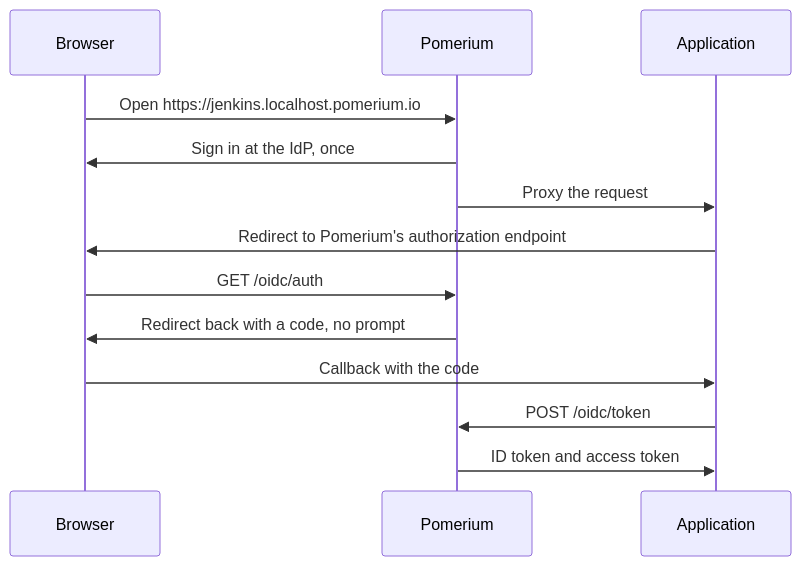
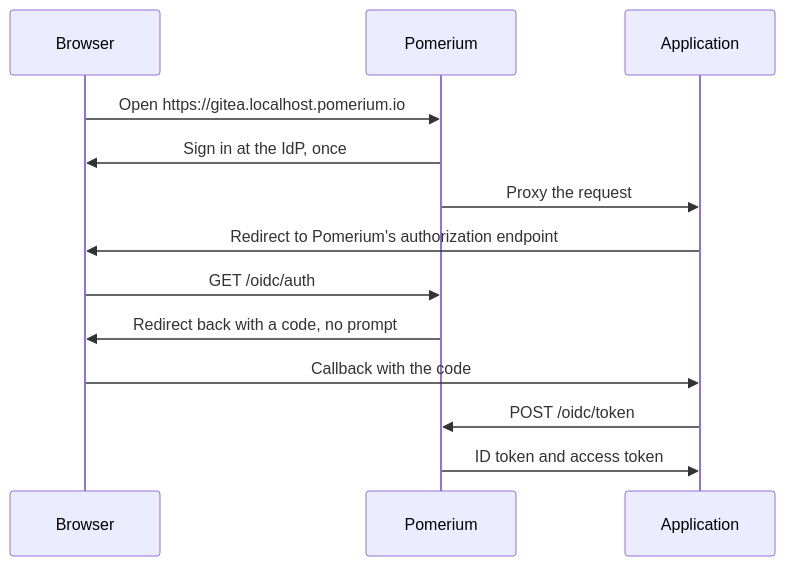
Before and after one commit to pomerium/documentation: the diagram in content/docs/capabilities/oidc-bridge.mdx, drawn with Mermaid. The commit also changed other lines of this file, not shown here.

````diff
--- a/content/docs/capabilities/oidc-bridge.mdx
+++ b/content/docs/capabilities/oidc-bridge.mdx
@@ -42,15 +42,15 @@
 ```mermaid
 sequenceDiagram
   participant B as Browser
   participant P as Pomerium
   participant A as Application
-  B->>P: Open https://jenkins.localhost.pomerium.io
+  B->>P: Open https://gitea.localhost.pomerium.io
   P->>B: Sign in at the IdP, once
   P->>A: Proxy the request
   A->>B: Redirect to Pomerium's authorization endpoint
   B->>P: GET /oidc/auth
   P->>B: Redirect back with a code, no prompt
   B->>A: Callback with the code
   A->>P: POST /oidc/token
   P->>A: ID token and access token
 ```
````
